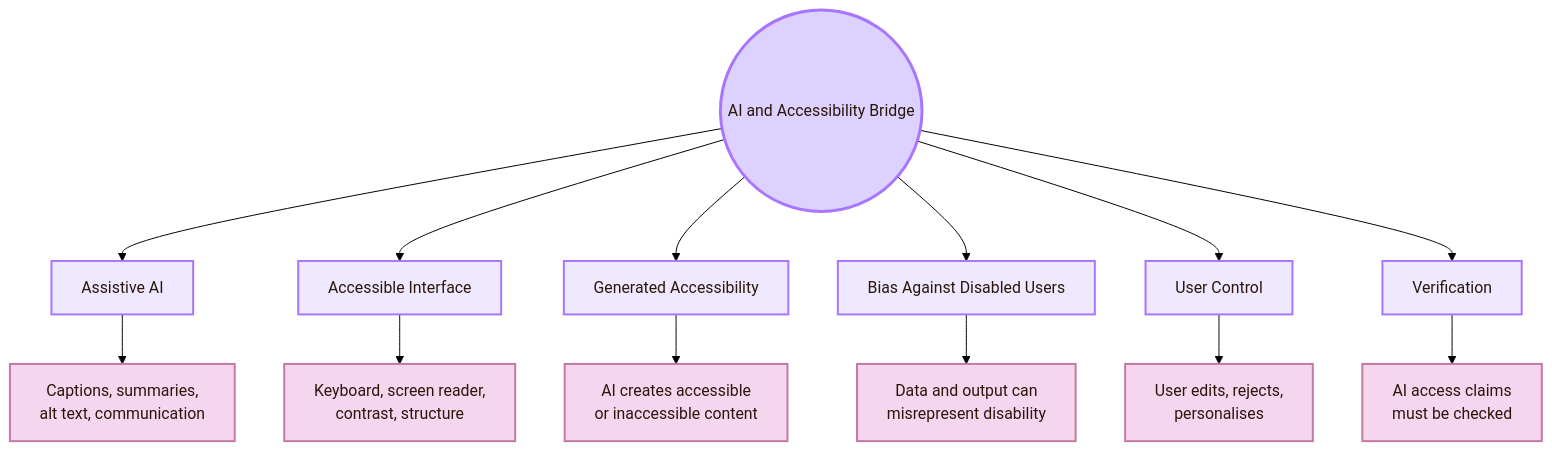
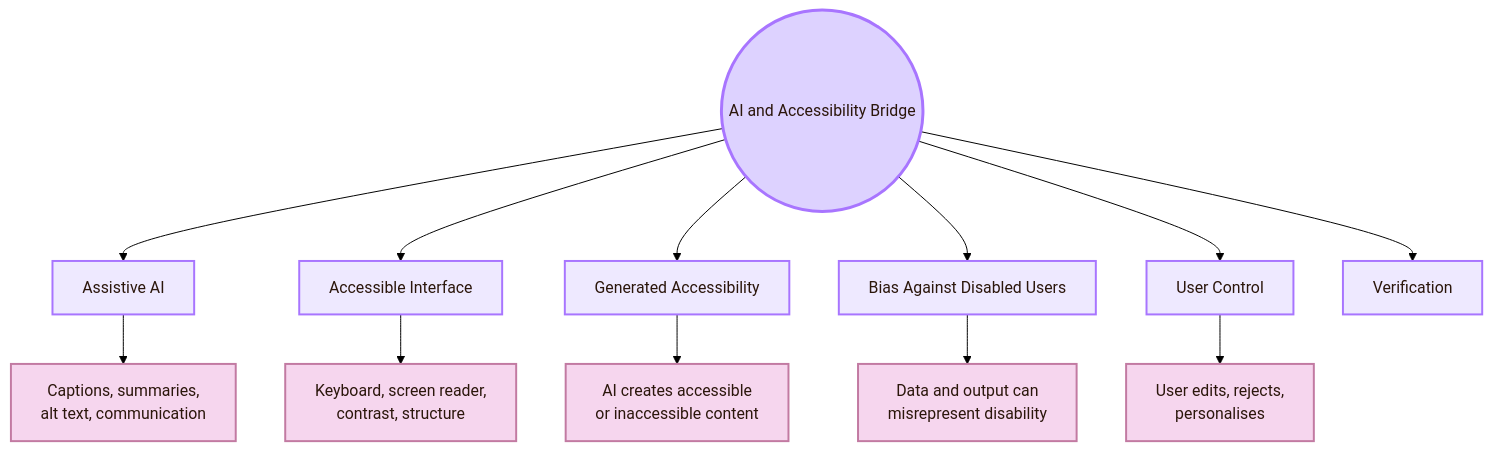
Diagram 11 of 16 in 01_Core_Area_HCI/001_Subareas/05_Human_AI_Interaction/Connections.md (andreitegzes06-ui/CogniShire), drawn with Mermaid (forest theme) before and after one commit. The commit also changed other lines of this file and 131 other files, not shown here.

````diff
--- a/01_Core_Area_HCI/001_Subareas/05_Human_AI_Interaction/Connections.md
+++ b/01_Core_Area_HCI/001_Subareas/05_Human_AI_Interaction/Connections.md
@@ -493,26 +486,25 @@
 ```mermaid
 flowchart TB
     A((AI and Accessibility Bridge))
 
     A --> B[Assistive AI]
     A --> C[Accessible Interface]
     A --> D[Generated Accessibility]
     A --> E[Bias Against Disabled Users]
     A --> F[User Control]
     A --> G[Verification]
 
     B --> B1[Captions, summaries,<br/>alt text, communication]
     C --> C1[Keyboard, screen reader,<br/>contrast, structure]
     D --> D1[AI creates accessible<br/>or inaccessible content]
     E --> E1[Data and output can<br/>misrepresent disability]
     F --> F1[User edits, rejects,<br/>personalises]
-    G --> G1[AI access claims<br/>must be checked]
 
     classDef center fill:#ddd2ff,stroke:#a875ff,color:#2b160b,stroke-width:3px;
     classDef node fill:#eee9ff,stroke:#a875ff,color:#2b160b,stroke-width:2px;
     classDef detail fill:#f6d6ee,stroke:#c27aa2,color:#2b160b,stroke-width:2px;
 
     class A center;
     class B,C,D,E,F,G node;
     class B1,C1,D1,E1,F1,G1 detail;
 ```
````
